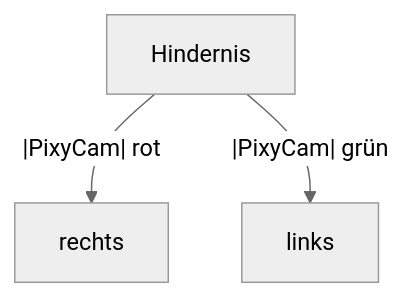
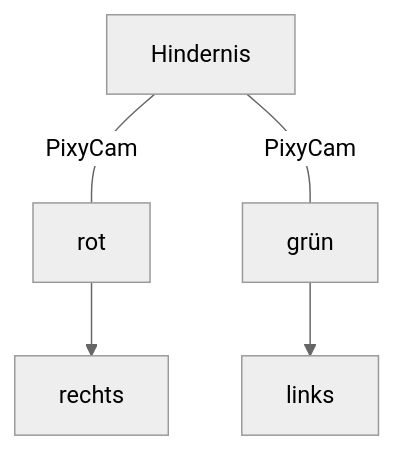
Before and after one commit to SchroedingersBit/PfortGTPanama: the diagram in Programme/Hindernisrennen/README.md, drawn with Mermaid (neutral theme).

````diff
--- a/Programme/Hindernisrennen/README.md
+++ b/Programme/Hindernisrennen/README.md
@@ -4,4 +4,4 @@
 ```mermaid
-graph TB;Hindernis -- |PixyCam| rot-->rechts;
-Hindernis--|PixyCam| grün-->links
+graph TB;Hindernis ---|PixyCam| rot-->rechts;
+Hindernis---|PixyCam| grün-->links
 ```
````
